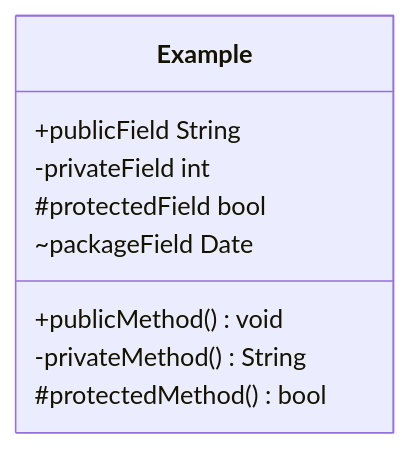
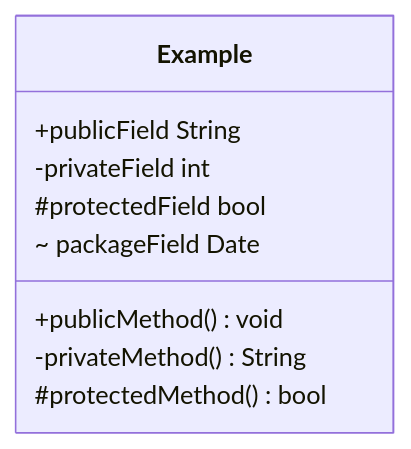
Before and after one commit to joserprieto/ai-diagrams-toolkit: the third of 3 diagrams in guides/mermaid/class.md, drawn with Mermaid. The commit also changed other lines of this file and 27 other files, not shown here.

````diff
--- a/guides/mermaid/class.md
+++ b/guides/mermaid/class.md
@@ -126,12 +126,12 @@
 ```mermaid
 classDiagram
     class Example {
         +publicField String
         -privateField int
         #protectedField bool
-        ~packageField Date
+        ~ packageField Date
         +publicMethod() void
         -privateMethod() String
         #protectedMethod() bool
     }
 ```
````
